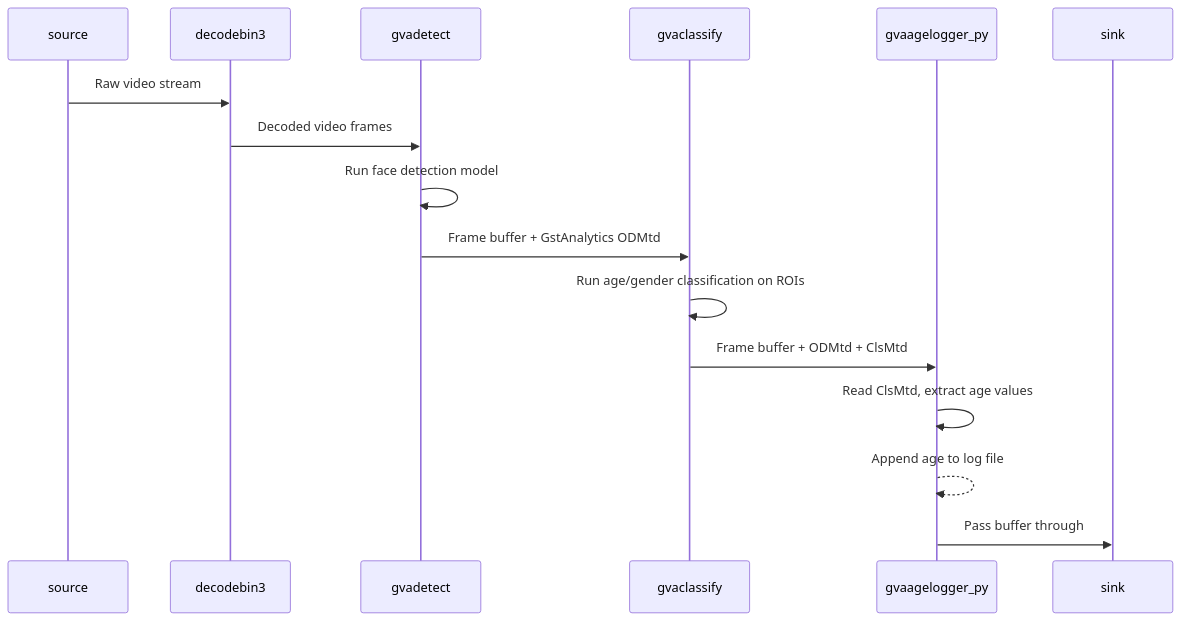
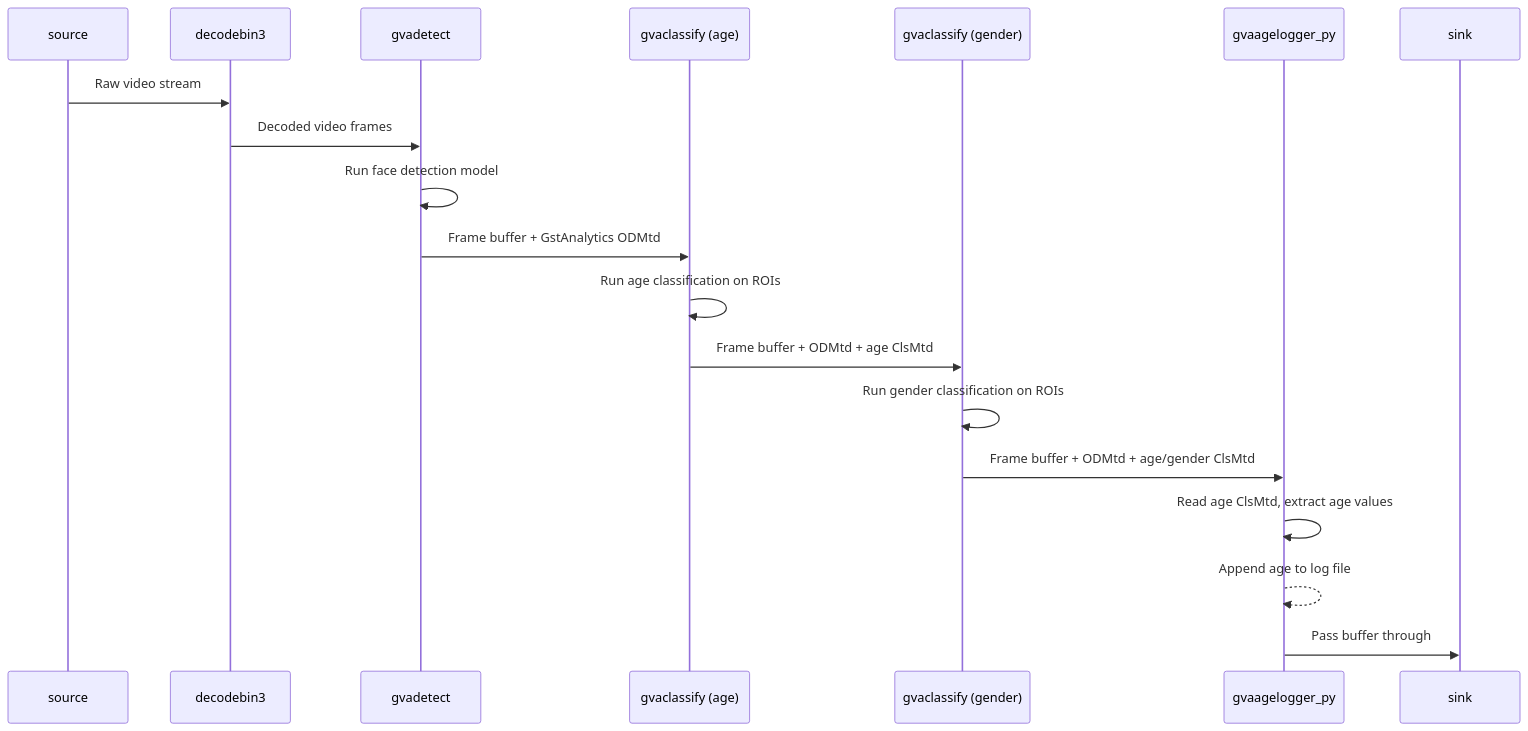
Before and after one commit to open-edge-platform/dlstreamer: the second of 2 diagrams in samples/gstreamer/gst_launch/python-elements/face_detection_and_classification/README.md, drawn with Mermaid. The commit also changed other lines of this file and 11 other files, not shown here.

````diff
--- a/samples/gstreamer/gst_launch/python-elements/face_detection_and_classification/README.md
+++ b/samples/gstreamer/gst_launch/python-elements/face_detection_and_classification/README.md
@@ -33,19 +38,22 @@
 ```mermaid
 sequenceDiagram
     participant Src as source
     participant Dec as decodebin3
     participant Det as gvadetect
-    participant Cls as gvaclassify
+    participant Age as gvaclassify (age)
+    participant Gen as gvaclassify (gender)
     participant Log as gvaagelogger_py
     participant Sink as sink
 
     Src->>Dec: Raw video stream
     Dec->>Det: Decoded video frames
     Det->>Det: Run face detection model
-    Det->>Cls: Frame buffer + GstAnalytics ODMtd
-    Cls->>Cls: Run age/gender classification on ROIs
-    Cls->>Log: Frame buffer + ODMtd + ClsMtd
-    Log->>Log: Read ClsMtd, extract age values
+    Det->>Age: Frame buffer + GstAnalytics ODMtd
+    Age->>Age: Run age classification on ROIs
+    Age->>Gen: Frame buffer + ODMtd + age ClsMtd
+    Gen->>Gen: Run gender classification on ROIs
+    Gen->>Log: Frame buffer + ODMtd + age/gender ClsMtd
+    Log->>Log: Read age ClsMtd, extract age values
     Log-->>Log: Append age to log file
     Log->>Sink: Pass buffer through
 ```
````
